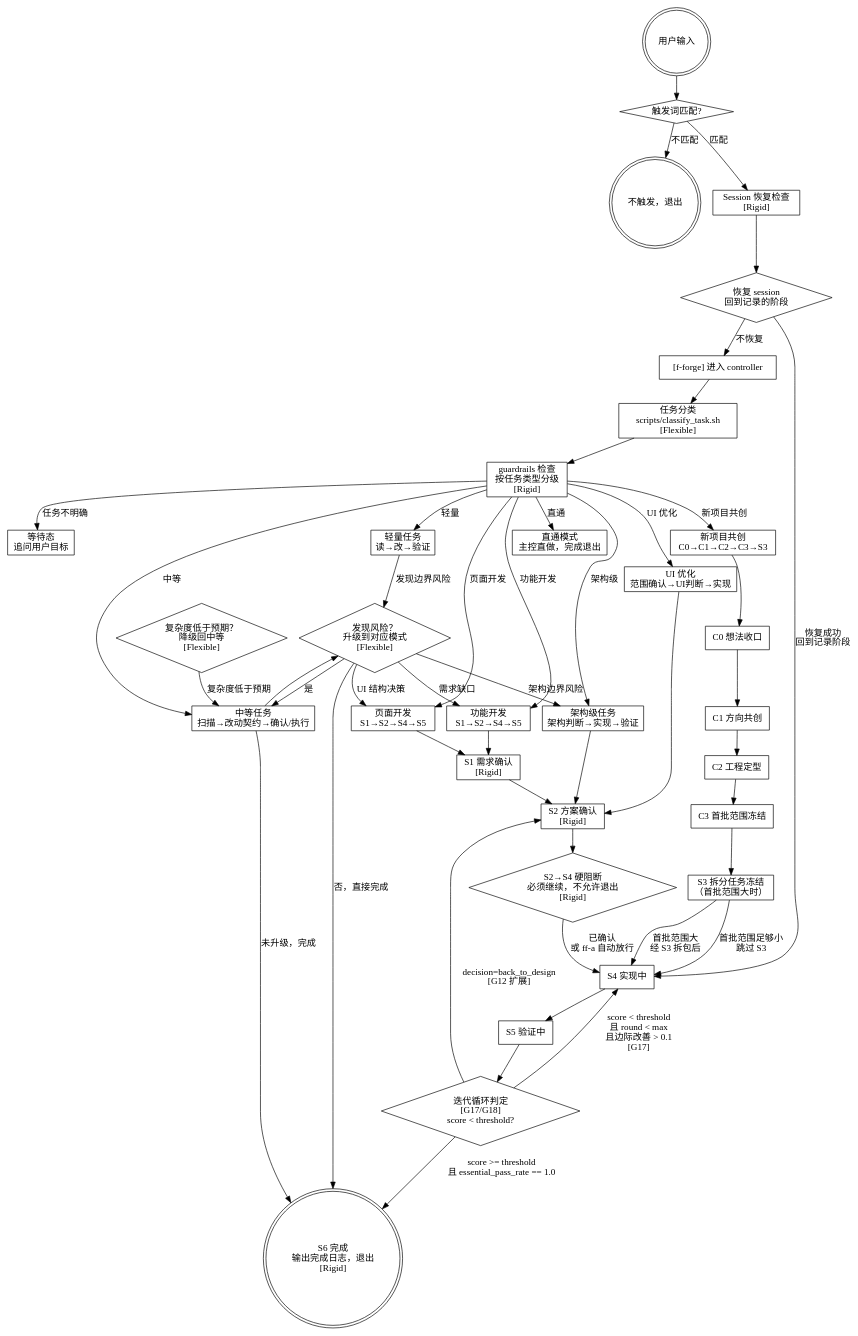
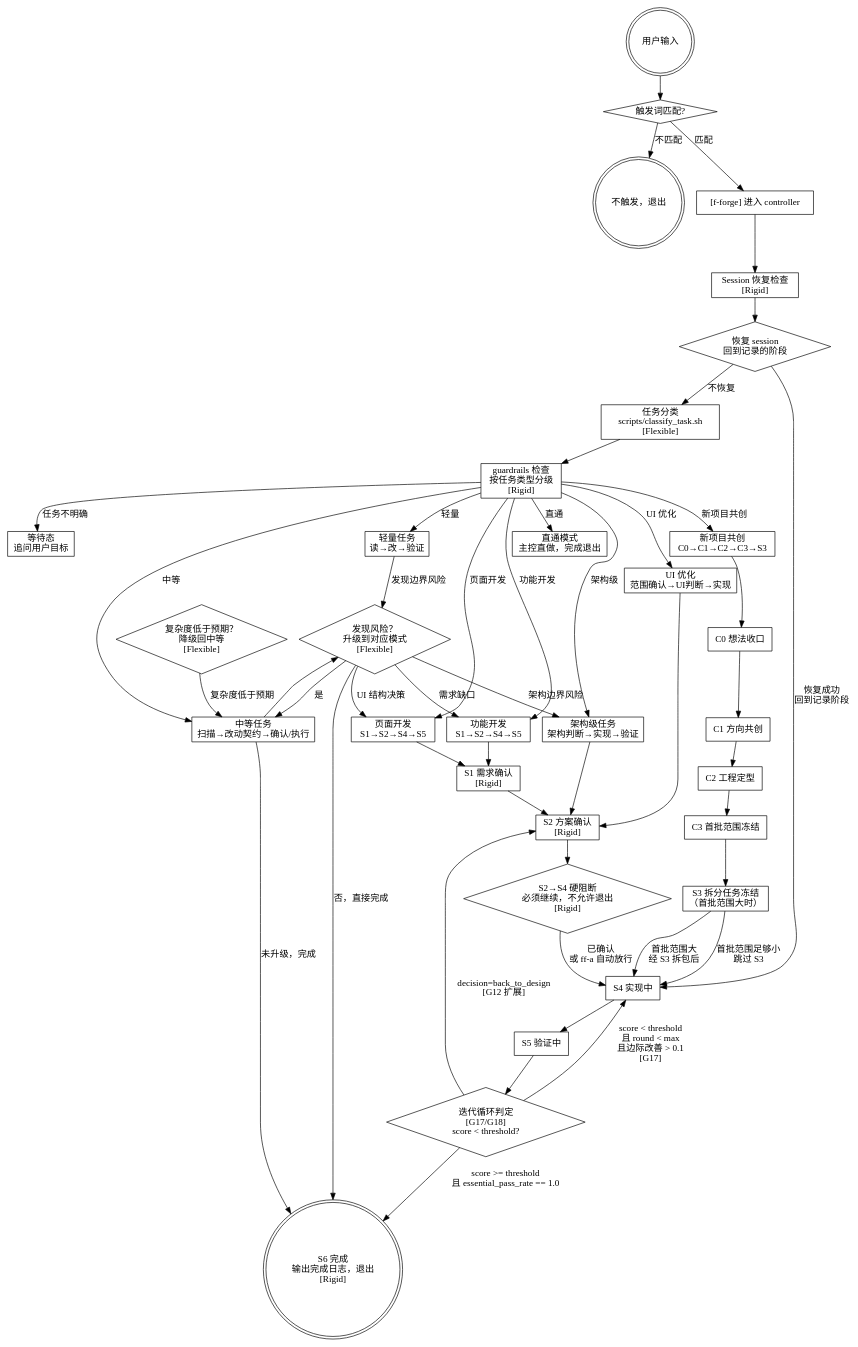
Before and after one commit to lbyxunxunnini/flutter-forge: the first of 3 diagrams in references/workflow_diagram.md, drawn with Graphviz. The commit also changed 40 other files, not shown here.

```diff
--- a/references/workflow_diagram.md
+++ b/references/workflow_diagram.md
@@ -50,13 +50,13 @@
     // 主流程
     start -> trigger;
     trigger -> exit_early [label="不匹配"];
-    trigger -> session_check [label="匹配"];
+    trigger -> enter [label="匹配"];
 
+    enter -> session_check;
     session_check -> session_match;
     session_match -> s4 [label="恢复成功\n回到记录阶段"];
-    session_match -> enter [label="不恢复"];
+    session_match -> classify [label="不恢复"];
 
-    enter -> classify;
     classify -> guardrails_check;
 
     guardrails_check -> wait [label="任务不明确"];
```
